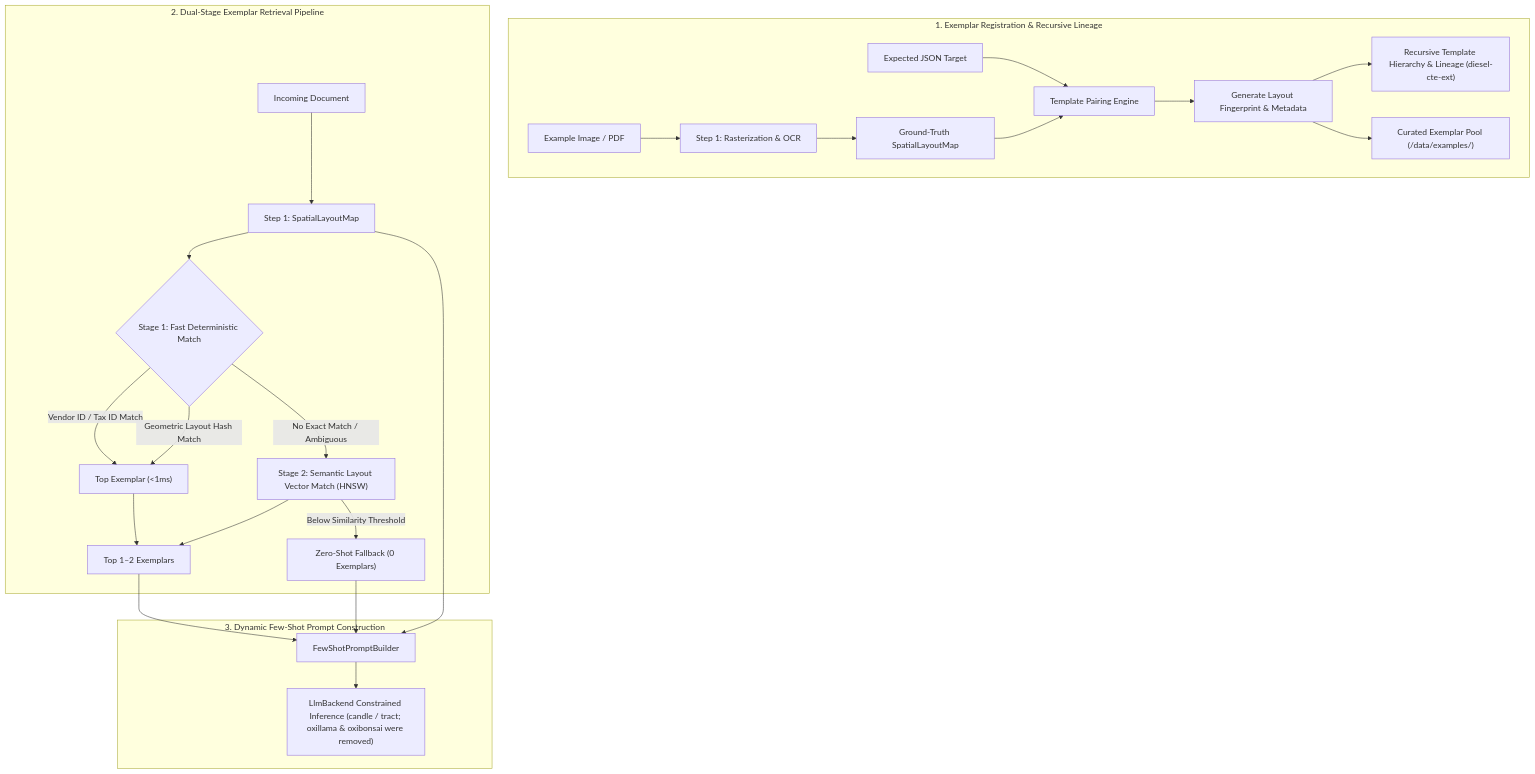
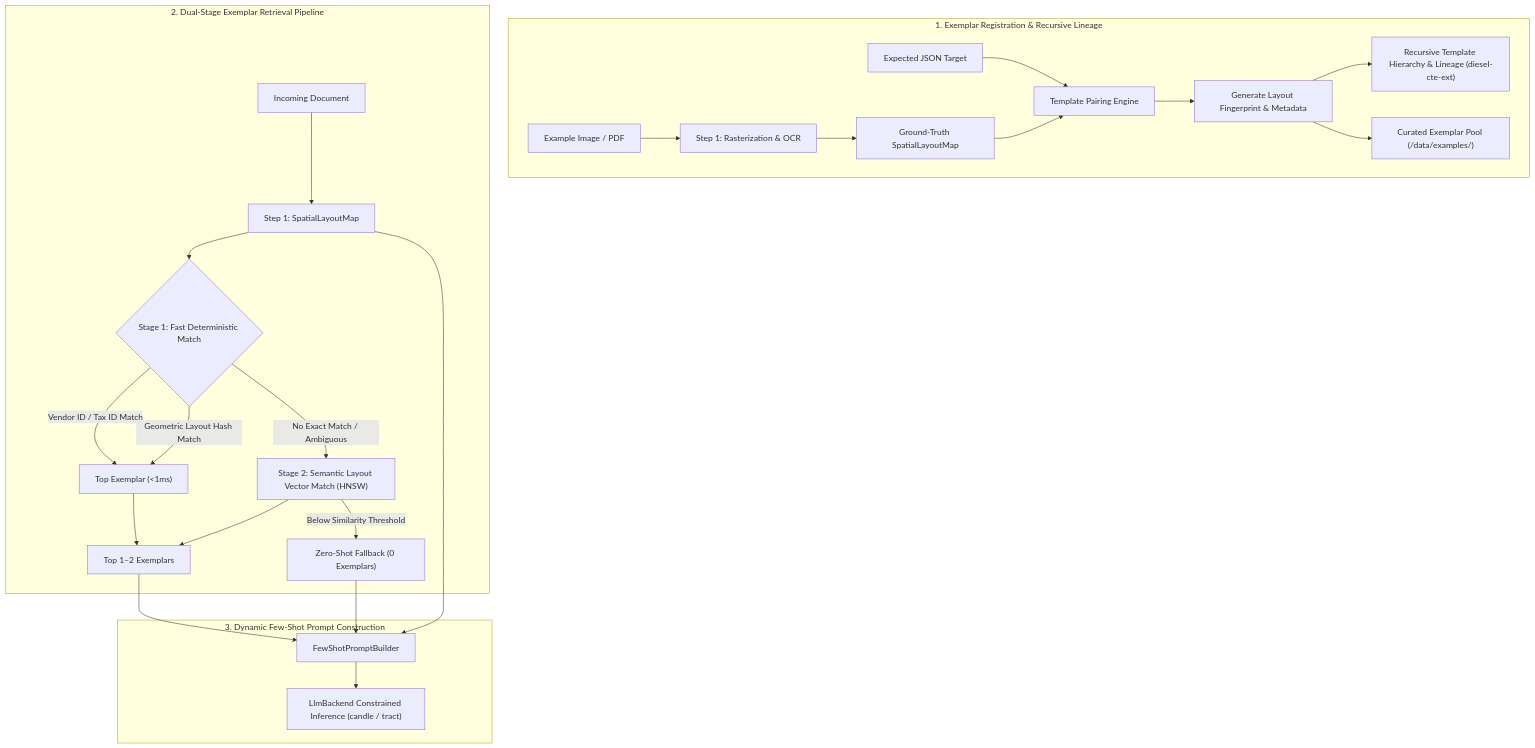
Before and after one commit to yasuomaidana/docula: the diagram in docs/12_FEW_SHOT_AND_EXEMPLAR_MANAGEMENT.md, drawn with Mermaid. The commit also changed 16 other files, not shown here.

Commit message:
[DOCULA-45] docs: drop removed oxirag/oxillama/oxibonsai from status and specs

````diff
--- a/docs/12_FEW_SHOT_AND_EXEMPLAR_MANAGEMENT.md
+++ b/docs/12_FEW_SHOT_AND_EXEMPLAR_MANAGEMENT.md
@@ -11,30 +11,30 @@
 ```mermaid
 flowchart TD
     subgraph Registration["1. Exemplar Registration & Recursive Lineage"]
         ExDoc[Example Image / PDF] --> ExOCR[Step 1: Rasterization & OCR]
         ExJSON[Expected JSON Target] --> ExPair[Template Pairing Engine]
         ExOCR --> ExLayout[Ground-Truth SpatialLayoutMap]
         ExLayout --> ExPair
         ExPair --> ExMeta[Generate Layout Fingerprint & Metadata]
         ExMeta --> DieselCTE["Recursive Template Hierarchy & Lineage (diesel-cte-ext)"]
         ExMeta --> CuratedStore["Curated Exemplar Pool (/data/examples/)"]
     end
 
     subgraph QueryPipeline["2. Dual-Stage Exemplar Retrieval Pipeline"]
         TargetDoc[Incoming Document] --> TargetOCR[Step 1: SpatialLayoutMap]
         TargetOCR --> S1{"Stage 1: Fast Deterministic Match"}
         S1 -->|Vendor ID / Tax ID Match| FoundS1["Top Exemplar (<1ms)"]
         S1 -->|Geometric Layout Hash Match| FoundS1
         S1 -->|No Exact Match / Ambiguous| S2["Stage 2: Semantic Layout Vector Match (HNSW)"]
         S2 --> TopK["Top 1–2 Exemplars"]
         FoundS1 --> TopK
         S2 -->|Below Similarity Threshold| ZeroShot["Zero-Shot Fallback (0 Exemplars)"]
     end
 
     subgraph PromptBuilder["3. Dynamic Few-Shot Prompt Construction"]
         TopK --> PromptAssemble[FewShotPromptBuilder]
         ZeroShot --> PromptAssemble
         TargetOCR --> PromptAssemble
-        PromptAssemble --> LLM["LlmBackend Constrained Inference (candle / tract; oxillama & oxibonsai were removed)"]
+        PromptAssemble --> LLM["LlmBackend Constrained Inference (candle / tract)"]
     end
 ```
````
